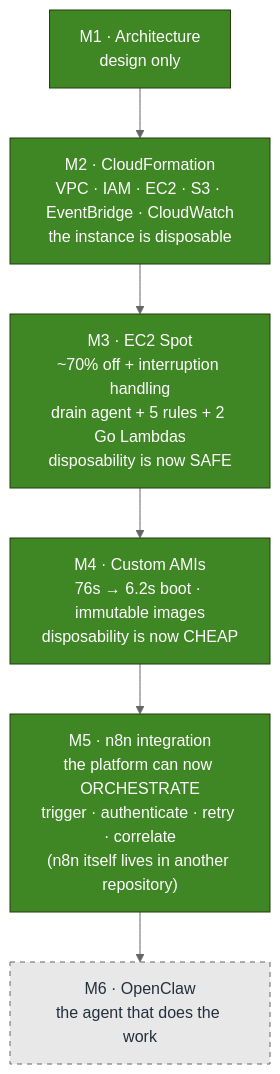
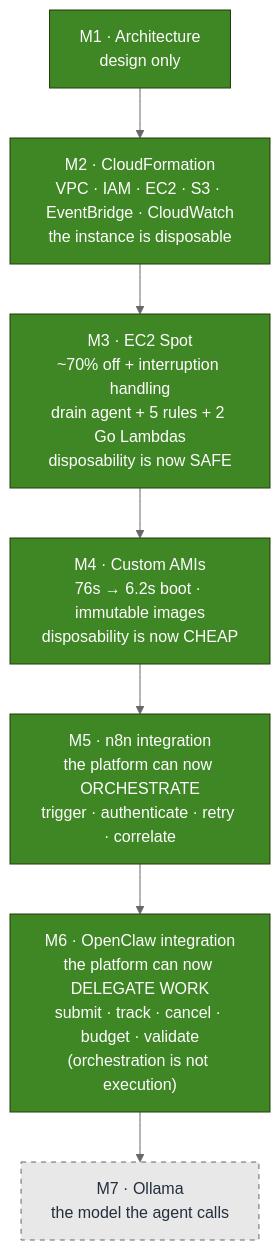
Before and after one commit to teddynted/designing-an-ai-agent-platform-on-aws: the fourth of 4 diagrams in docs/architecture/current-architecture.md, drawn with Mermaid (neutral theme). The commit also changed other lines of this file and 6 other files, not shown here.

````diff
--- a/docs/architecture/current-architecture.md
+++ b/docs/architecture/current-architecture.md
@@ -206,14 +218,15 @@
 ```mermaid
 flowchart TB
     m1["M1 · Architecture<br/>design only"] --> m2
     m2["M2 · CloudFormation<br/>VPC · IAM · EC2 · S3 · EventBridge · CloudWatch<br/>the instance is disposable"] --> m3
     m3["M3 · EC2 Spot<br/>~70% off + interruption handling<br/>drain agent + 5 rules + 2 Go Lambdas<br/>disposability is now SAFE"] --> m4
     m4["M4 · Custom AMIs<br/>76s → 6.2s boot · immutable images<br/>disposability is now CHEAP"] --> m5
-    m5["M5 · n8n integration<br/>the platform can now ORCHESTRATE<br/>trigger · authenticate · retry · correlate<br/>(n8n itself lives in another repository)"] --> m6
+    m5["M5 · n8n integration<br/>the platform can now ORCHESTRATE<br/>trigger · authenticate · retry · correlate"] --> m6
+    m6["M6 · OpenClaw integration<br/>the platform can now DELEGATE WORK<br/>submit · track · cancel · budget · validate<br/>(orchestration is not execution)"] --> m7
 
-    m6["M6 · OpenClaw<br/>the agent that does the work"]:::next
+    m7["M7 · Ollama<br/>the model the agent calls"]:::next
 
     classDef done fill:#3F8624,stroke:#243B0B,color:#FFFFFF
     classDef next fill:#E8E8E8,stroke:#666,color:#232F3E,stroke-dasharray: 5 5
-    class m1,m2,m3,m4,m5 done
+    class m1,m2,m3,m4,m5,m6 done
 ```
````
